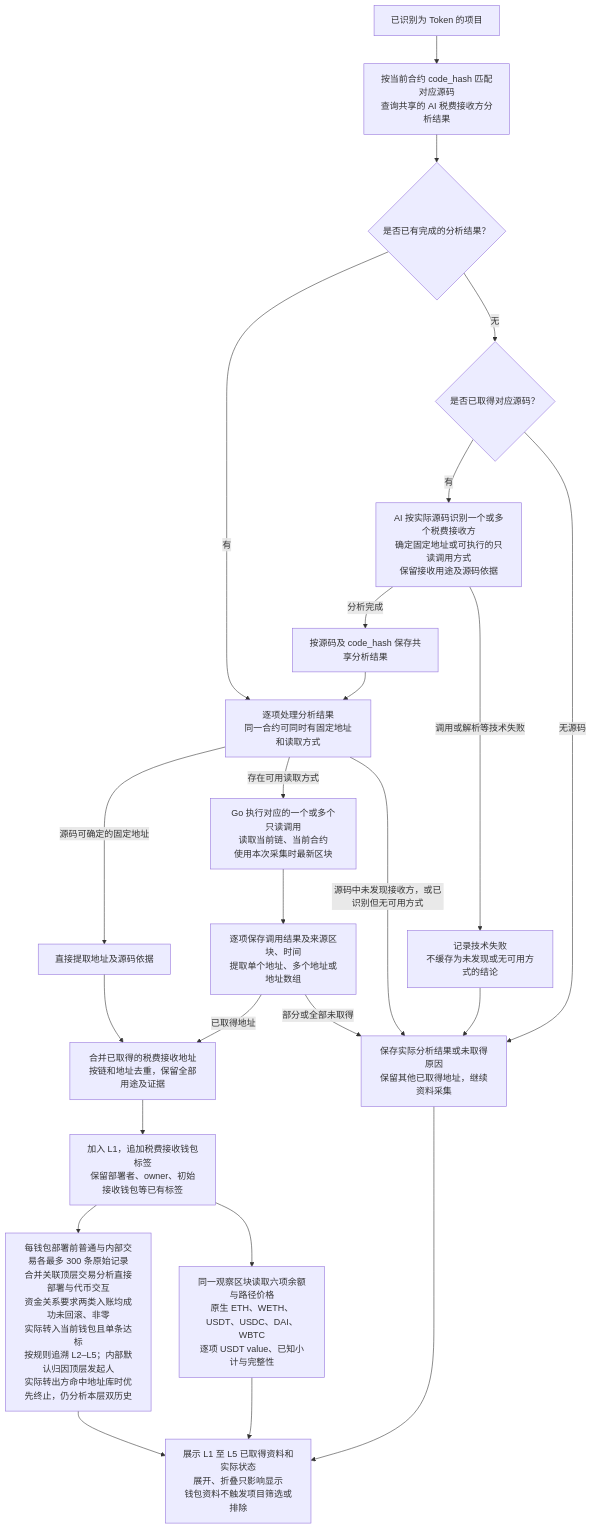
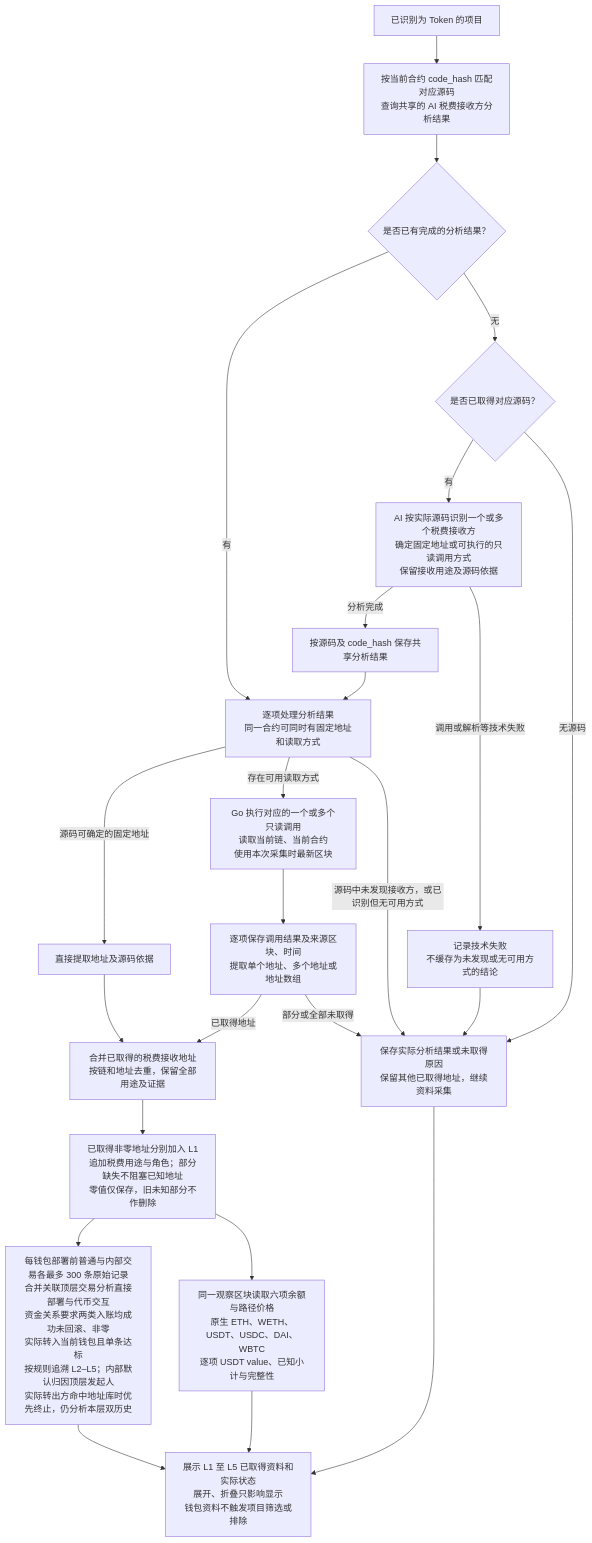
The diagram in docs/requirements/token/token-fee-recipient-wallet-flow.md (useryege/athena-o), drawn with Mermaid before and after one commit. The commit also changed other lines of this file and 26 other files, not shown here.

First line of the commit message:
docs(token): define first-block research architecture

````diff
--- a/docs/requirements/token/token-fee-recipient-wallet-flow.md
+++ b/docs/requirements/token/token-fee-recipient-wallet-flow.md
@@ -19,26 +21,26 @@
 ```mermaid
 flowchart TD
     project["已识别为 Token 的项目"] --> lookup["按当前合约 code_hash 匹配对应源码<br/>查询共享的 AI 税费接收方分析结果"]
     lookup --> cached{"是否已有完成的分析结果？"}
     cached -->|"有"| entries["逐项处理分析结果<br/>同一合约可同时有固定地址和读取方式"]
     cached -->|"无"| source{"是否已取得对应源码？"}
     source -->|"有"| analyze["AI 按实际源码识别一个或多个税费接收方<br/>确定固定地址或可执行的只读调用方式<br/>保留接收用途及源码依据"]
     analyze -->|"分析完成"| save["按源码及 code_hash 保存共享分析结果"]
     save --> entries
     entries -->|"源码可确定的固定地址"| fixed["直接提取地址及源码依据"]
     entries -->|"存在可用读取方式"| read["Go 执行对应的一个或多个只读调用<br/>读取当前链、当前合约<br/>使用本次采集时最新区块"]
     read --> readResult["逐项保存调用结果及来源区块、时间<br/>提取单个地址、多个地址或地址数组"]
     fixed --> merge["合并已取得的税费接收地址<br/>按链和地址去重，保留全部用途及证据"]
     readResult -->|"已取得地址"| merge
     entries -->|"源码中未发现接收方，或已识别但无可用方式"| unavailable["保存实际分析结果或未取得原因<br/>保留其他已取得地址，继续资料采集"]
     source -->|"无源码"| unavailable
     analyze -->|"调用或解析等技术失败"| failed["记录技术失败<br/>不缓存为未发现或无可用方式的结论"]
     failed --> unavailable
     readResult -->|"部分或全部未取得"| unavailable
-    merge --> related["加入 L1，追加税费接收钱包标签<br/>保留部署者、owner、初始接收钱包等已有标签"]
+    merge --> related["已取得非零地址分别加入 L1<br/>追加税费用途与角色；部分缺失不阻塞已知地址<br/>零值仅保存，旧未知部分不作删除"]
     related --> history["每钱包部署前普通与内部交易各最多 300 条原始记录<br/>合并关联顶层交易分析直接部署与代币交互<br/>资金关系要求两类入账均成功未回滚、非零<br/>实际转入当前钱包且单条达标<br/>按规则追溯 L2–L5；内部默认归因顶层发起人<br/>实际转出方命中地址库时优先终止，仍分析本层双历史"]
     related --> assets["同一观察区块读取六项余额与路径价格<br/>原生 ETH、WETH、USDT、USDC、DAI、WBTC<br/>逐项 USDT value、已知小计与完整性"]
     history --> display["展示 L1 至 L5 已取得资料和实际状态<br/>展开、折叠只影响显示<br/>钱包资料不触发项目筛选或排除"]
     assets --> display
     unavailable --> display
 ```
````
